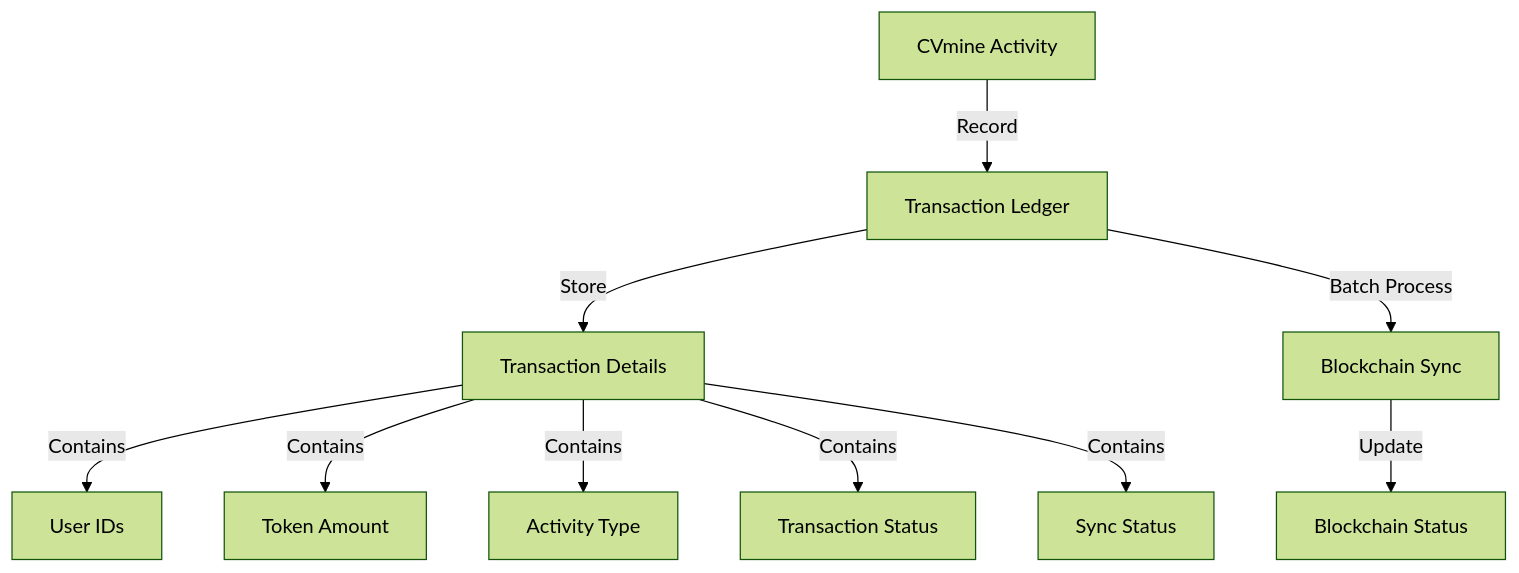
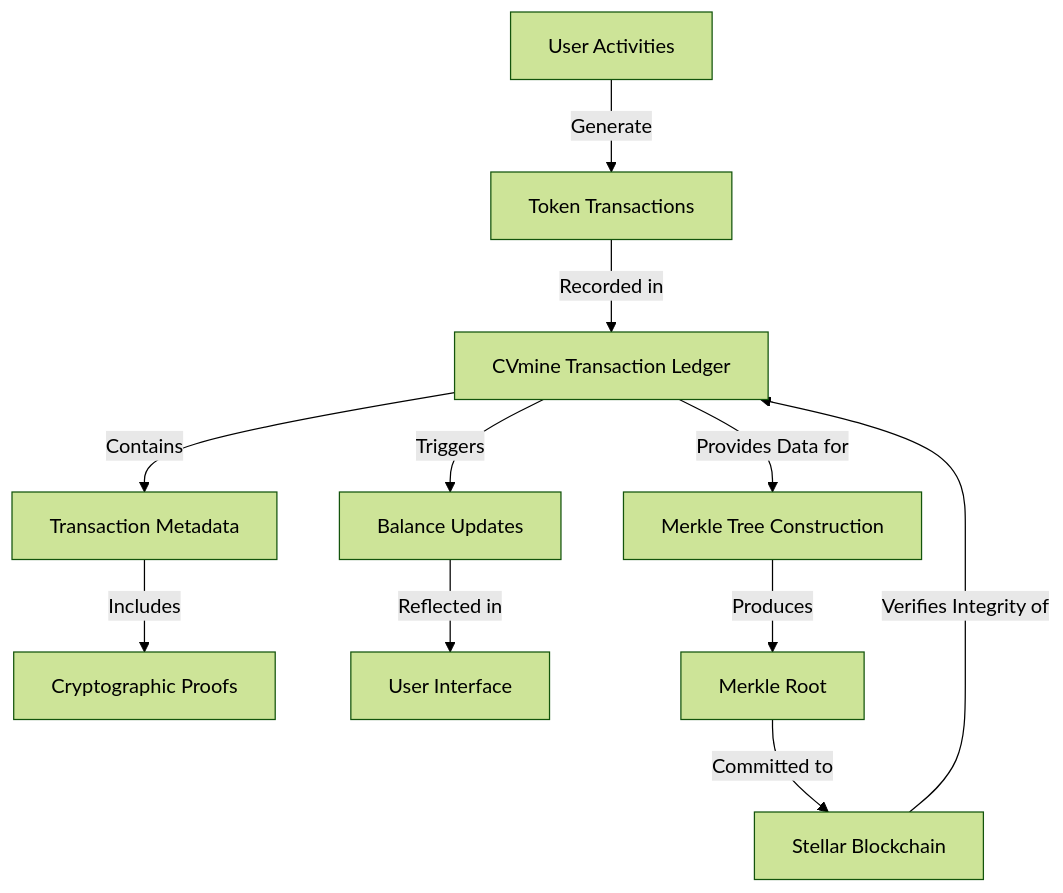
One commit to karthikhosur/italtoken changed the third of 25 diagrams in whitepaper.md. Above: the diagram before and after it, drawn with Mermaid (forest theme). The commit also changed other lines of this file, not shown here.

````diff
--- a/whitepaper.md
+++ b/whitepaper.md
@@ -59,12 +50,13 @@
 ```mermaid
 graph TD
-    A[CVmine Activity] -->|Record| B[Transaction Ledger]
-    B -->|Store| C[Transaction Details]
-    C -->|Contains| D[User IDs]
-    C -->|Contains| E[Token Amount]
-    C -->|Contains| F[Activity Type]
-    C -->|Contains| G[Transaction Status]
-    C -->|Contains| H[Sync Status]
-    B -->|Batch Process| I[Blockchain Sync]
-    I -->|Update| J[Blockchain Status]
+    A[User Activities] -->|Generate| B[Token Transactions]
+    B -->|Recorded in| C[CVmine Transaction Ledger]
+    C -->|Contains| D[Transaction Metadata]
+    D -->|Includes| E[Cryptographic Proofs]
+    C -->|Triggers| F[Balance Updates]
+    F -->|Reflected in| G[User Interface]
+    C -->|Provides Data for| H[Merkle Tree Construction]
+    H -->|Produces| I[Merkle Root]
+    I -->|Committed to| J[Stellar Blockchain]
+    J -->|Verifies Integrity of| C
 ```
````
